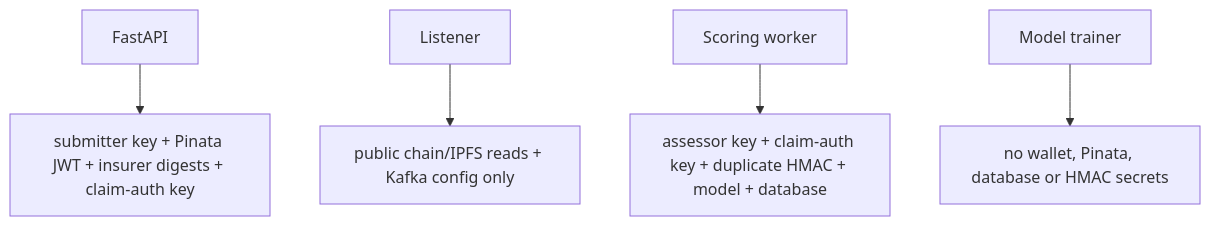
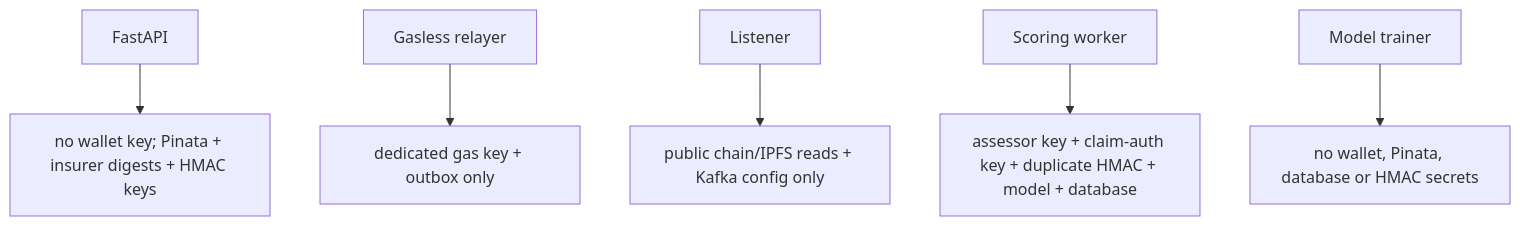
Before and after one commit to ganesh1997oli/Decentralized-Claims-Registry: the third of 3 diagrams in infrastructure/gcp/README.md, drawn with Mermaid. The commit also changed other lines of this file and 67 other files, not shown here.

````diff
--- a/infrastructure/gcp/README.md
+++ b/infrastructure/gcp/README.md
@@ -181,7 +182,8 @@
 ```mermaid
 flowchart TD
-    API["FastAPI"] --> A["submitter key + Pinata JWT + insurer digests + claim-auth key"]
+    API["FastAPI"] --> A["no wallet key; Pinata + insurer digests + HMAC keys"]
+    Relayer["Gasless relayer"] --> R["dedicated gas key + outbox only"]
     Listener["Listener"] --> B["public chain/IPFS reads + Kafka config only"]
     Worker["Scoring worker"] --> C["assessor key + claim-auth key + duplicate HMAC + model + database"]
     Trainer["Model trainer"] --> D["no wallet, Pinata, database or HMAC secrets"]
 ```
````
